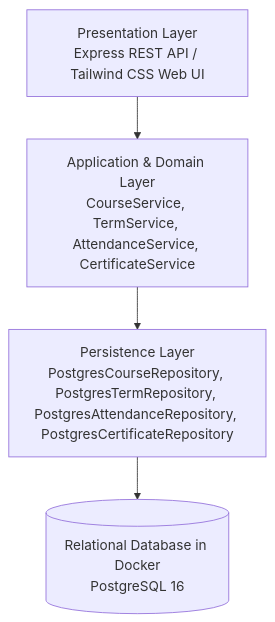
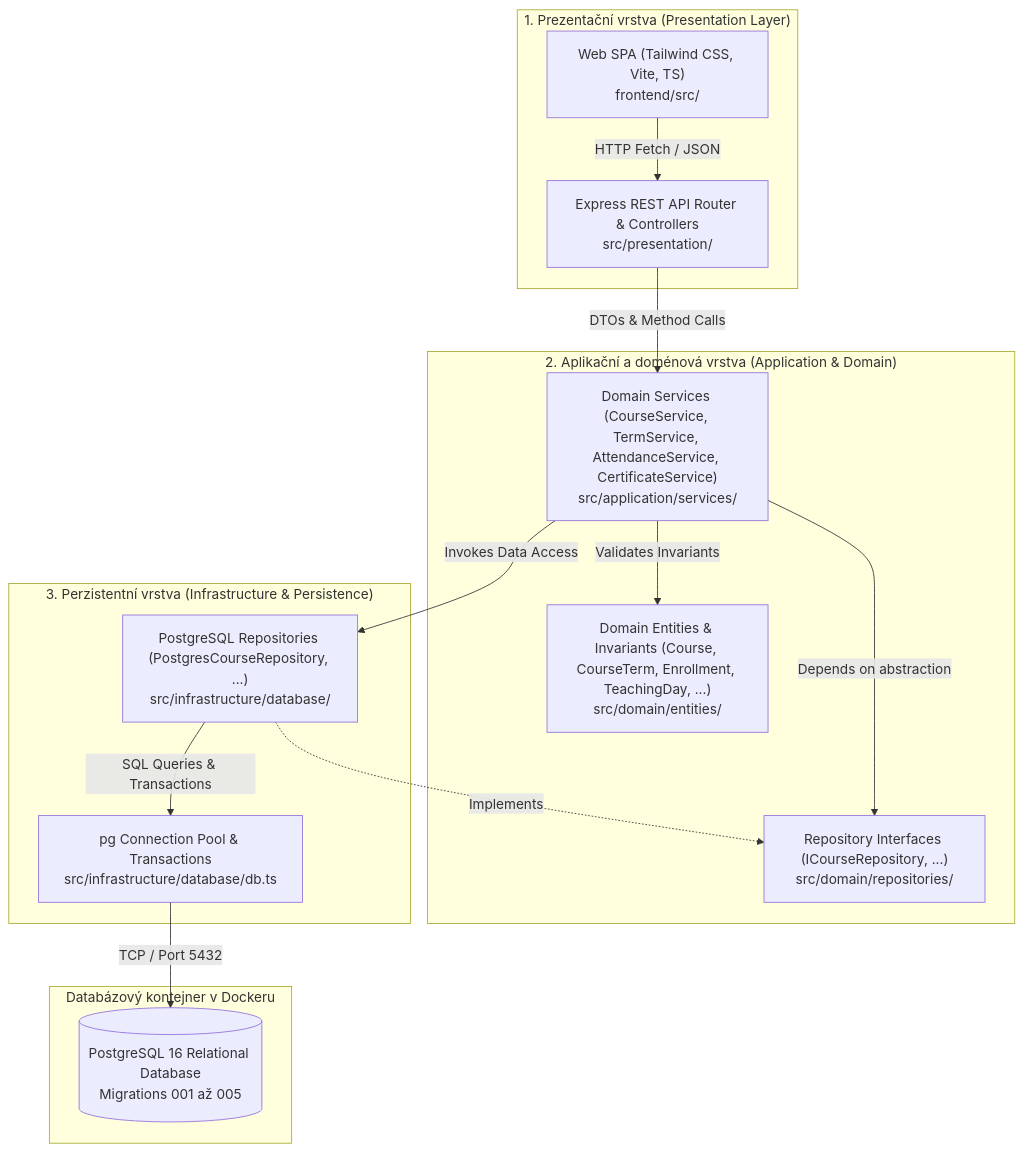
Before and after one commit to sifalma1/PPRO2026: the first of 5 diagrams in README.md, drawn with Mermaid. The commit also changed other lines of this file and 17 other files, not shown here.

````diff
--- a/README.md
+++ b/README.md
@@ -176,6 +211,31 @@
 ```mermaid
 graph TD
-    UI["Presentation Layer<br/>Express REST API / Tailwind CSS Web UI"] --> APP["Application & Domain Layer<br/>CourseService, TermService, AttendanceService, CertificateService"]
-    APP --> DATA["Persistence Layer<br/>PostgresCourseRepository, PostgresTermRepository, PostgresAttendanceRepository, PostgresCertificateRepository"]
-    DATA --> DB[("Relational Database in Docker<br/>PostgreSQL 16")]
+    subgraph Presentation_Layer["1. Prezentační vrstva (Presentation Layer)"]
+        UI["Web SPA (Tailwind CSS, Vite, TS)<br/>frontend/src/"]
+        Router["Express REST API Router & Controllers<br/>src/presentation/"]
+    end
+
+    subgraph Domain_Application_Layer["2. Aplikační a doménová vrstva (Application & Domain)"]
+        Services["Domain Services (CourseService, TermService, AttendanceService, CertificateService)<br/>src/application/services/"]
+        Entities["Domain Entities & Invariants (Course, CourseTerm, Enrollment, TeachingDay, ...)<br/>src/domain/entities/"]
+        Interfaces["Repository Interfaces (ICourseRepository, ...)<br/>src/domain/repositories/"]
+    end
+
+    subgraph Persistence_Layer["3. Perzistentní vrstva (Infrastructure & Persistence)"]
+        Repos["PostgreSQL Repositories (PostgresCourseRepository, ...)<br/>src/infrastructure/database/"]
+        Pool["pg Connection Pool & Transactions<br/>src/infrastructure/database/db.ts"]
+    end
+
+    subgraph External_Database["Databázový kontejner v Dockeru"]
+        Postgres[("PostgreSQL 16 Relational Database<br/>Migrations 001 až 005")]
+    end
+
+    UI -->|HTTP Fetch / JSON| Router
+    Router -->|DTOs & Method Calls| Services
+    Services -->|Validates Invariants| Entities
+    Services -->|Depends on abstraction| Interfaces
+    Repos -.->|Implements| Interfaces
+    Services -->|Invokes Data Access| Repos
+    Repos -->|SQL Queries & Transactions| Pool
+    Pool -->|TCP / Port 5432| Postgres
 ```
````
